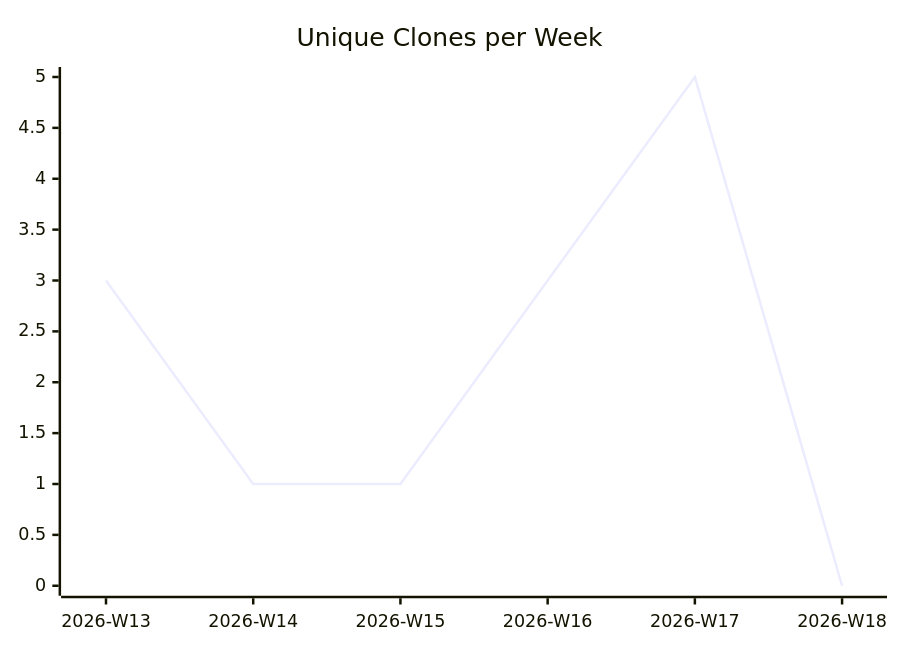
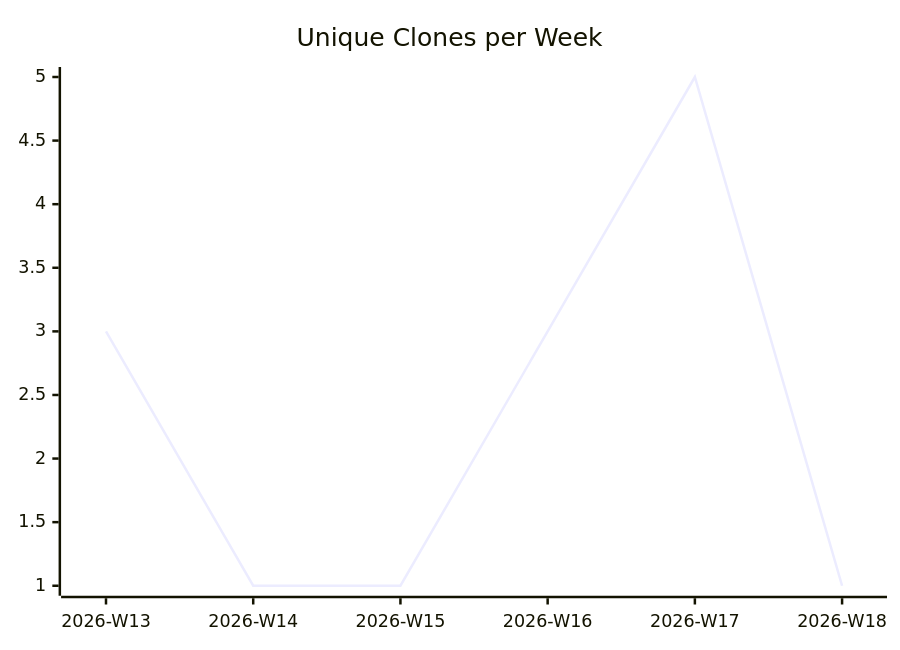
Before and after one commit to justdavis-family/github-analytics-data: the third of 3 diagrams in karlmdavis/stockfighter-trades-solutions/README.md, drawn with Mermaid. The commit also changed other lines of this file and 184 other files, not shown here.

````diff
--- a/karlmdavis/stockfighter-trades-solutions/README.md
+++ b/karlmdavis/stockfighter-trades-solutions/README.md
@@ -19,6 +19,6 @@
 ```mermaid
 xychart-beta
   title "Unique Clones per Week"
   x-axis ["2026-W13", "2026-W14", "2026-W15", "2026-W16", "2026-W17", "2026-W18"]
-  line [3, 1, 1, 3, 5, 0]
+  line [3, 1, 1, 3, 5, 1]
 ```
````
